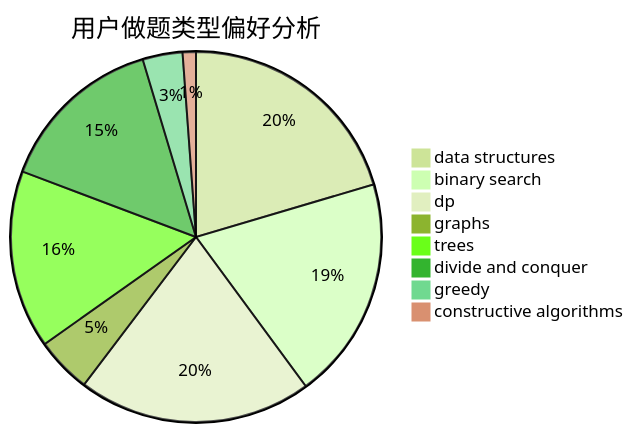
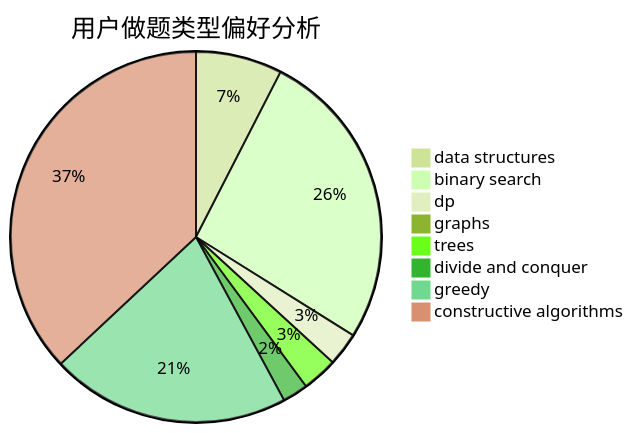
Before and after one commit to sherpahu/cfrs.github.io: the second of 3 diagrams in docs/user/u226.md, drawn with Mermaid (forest theme). The commit also changed other lines of this file and 2770 other files, not shown here.

````diff
--- a/docs/user/u226.md
+++ b/docs/user/u226.md
@@ -23,11 +23,11 @@
 ```mermaid
 pie title 用户做题类型偏好分析
-    "data structures" :  88
-    "binary search" :  84
-    "dp" :  88
-    "graphs" :  21
-    "trees" :  67
-    "divide and conquer" :  63
-    "greedy" :  15
-    "constructive algorithms" :  5
+    "data structures" :  44
+    "binary search" :  154
+    "dp" :  17
+    "graphs" :  4
+    "trees" :  18
+    "divide and conquer" :  13
+    "greedy" :  122
+    "constructive algorithms" :  216
 ```
````
